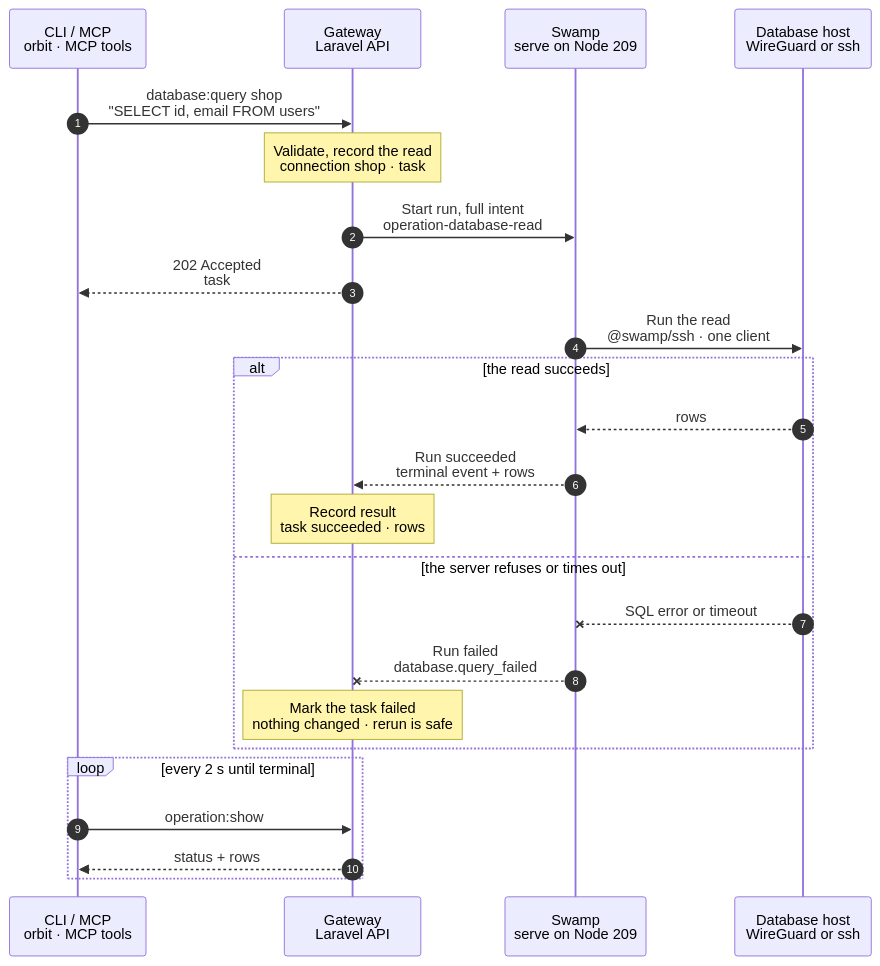
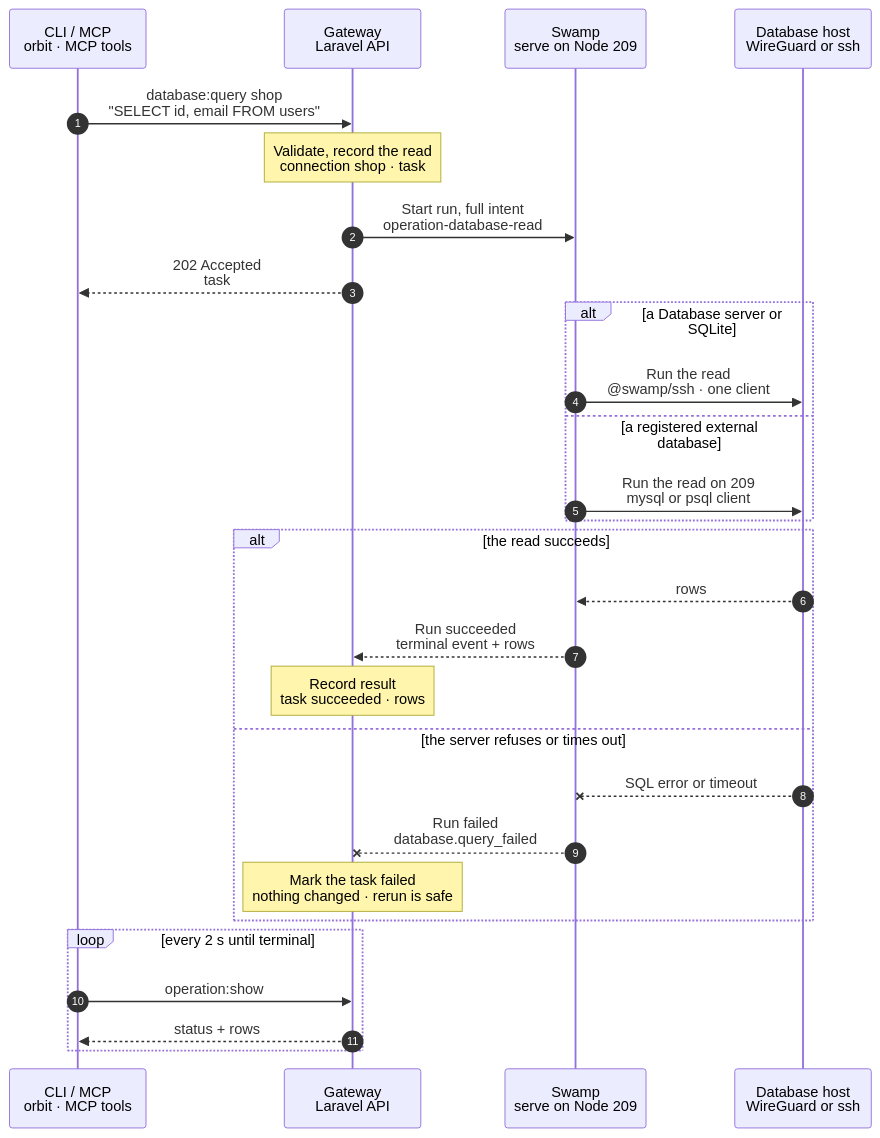
Before and after one commit to hardimpactdev/orbit: the diagram in docs/cli/database/read.mmd, drawn with Mermaid. The commit also changed 13 other files, not shown here.

First line of the commit message:
refactor(databases): database.read reads an external database on 209 itself, as the alternative end check

```diff
--- a/docs/cli/database/read.mmd
+++ b/docs/cli/database/read.mmd
@@ -1,89 +1,95 @@
 sequenceDiagram
-  %% Target design: coordinator 2026-11-02. Every effect runs in Swamp; a read takes the same path as a write. Decided 2026-11-02 (orchestrator): a read on a Database server runs as docker exec in its container (Q-DBAUTH); an external connection reads from 209 with the swamp role's clients; SQLite runs sqlite3 on its Node (R4). One @swamp/ssh step; the Gateway picks its host. No shipped script; the Gateway checks the statement and shapes the rows.
+  %% Target design: coordinator 2026-11-02. Every effect runs in Swamp; a read takes the same path as a write. Decided 2026-11-02 (orchestrator): a read on a Database server runs as docker exec in its container (Q-DBAUTH); an external connection reads from 209 with the swamp role's clients; SQLite runs sqlite3 on its Node (R4). One step per placement; the Gateway picks it. No shipped script; the Gateway checks the statement and shapes the rows.
   %% status: draft
   %% command: database:query
   %% kind: database.read
   autonumber
   %% lane CLI icon=terminal pill=caller tone=gray
   %% lane GW icon=gateway pill=intent tone=blue
   %% lane SW icon=workflow pill=executes tone=green
   %% lane N icon=server pill=target tone=amber
   participant CLI as CLI / MCP<br/>orbit · MCP tools
   participant GW as Gateway<br/>Laravel API
   participant SW as Swamp<br/>serve on Node 209
   participant N as Database host<br/>WireGuard or ssh
   CLI->>GW: database:query shop<br/>"SELECT id, email FROM users"
   %%> Command:
   %%> - `orbit database:query shop "SELECT id, email FROM users"`
   %%> - syntax: `<slug> <sql> [--write] [--idempotency-key=KEY] [--json]`
   %%> Input:
   %%> - the slug of a registered Database connection, and one SQL statement of at most 16384 characters
   %%> Same kind:
   %%> - `database:tables`, `database:schema` and `database:describe` send a fixed catalog read through the same flow
   %%> Not included:
   %%> - write SQL; with `--write` the statement takes the `database.write` flow
   Note over GW: Validate, record the read<br/>connection shop · task #5170
   %%> Requirements:
   %%> - your Node has an access grant to Node 12, which runs Database server app-mysql
   %%> - the connection's driver is mysql, pgsql or sqlite; redis has no SQL
   %%> - exactly one statement (`database.sql_multiple_statements`)
   %%> - its leading verb doesn't write, or the Gateway refuses with `database.write_required`
   %%> - for sqlite: the connection has a Node, or the Gateway refuses with `database.sqlite_node_required`
   %%> Where the credential lives:
   %%> - the Gateway stores the connection's password encrypted; at start it copies the password line and the statement into the Swamp vault as one value, `database-read-intent-5170` (R3)
   %%> - SQLite has no credential
   %%> Result:
   %%> - task #5170 recorded with the full intent; no lock, because a read changes nothing
   GW->>SW: Start run, full intent<br/>operation-database-read
   %%> What it does:
   %%> - starts one Swamp run on serve (Node 209)
   %%> Inputs:
   %%> - the client argv the Gateway built for the driver and mode, and the read host's address and SSH host keys
   %%> - the vault key name of the password and statement, never the value
   GW-->>CLI: 202 Accepted<br/>task #5170
   %%> What you get:
   %%> - the task number, at once
   %%> Next:
   %%> - the CLI waits with progress, as for other tasks; a read is a short run, usually a few seconds
-  SW->>N: Run the read<br/>@swamp/ssh · one client
-  %%> How:
-  %%> - Swamp reaches the host over SSH from 209 with the official `@swamp/ssh` behavior; the SSH identity comes from the `swamp` role
-  %%> - stdin is one vault value: the password as the first line, then the statement (Q-DBAUTH); SQLite has no password line
-  %%> Where it runs:
-  %%> - on a Database server: one `docker exec -i` into its container on Node 12; the client in the image logs in as the connection's own user, never root
-  %%> - on a registered external database: the `mysql` or `psql` client on 209, which the `swamp` role installs; 209 reaches the host directly
-  %%> - on SQLite: `sqlite3 -readonly -safe` on the file's Node, as the file's owner; it cannot write, attach or run shell commands
-  %%> What it does:
+  alt a Database server or SQLite
+    SW->>N: Run the read<br/>@swamp/ssh · one client
+    %%> How:
+    %%> - Swamp reaches the host over SSH from 209 with the official `@swamp/ssh` behavior; the SSH identity comes from the `swamp` role
+    %%> - stdin is one vault value: the password as the first line, then the statement (Q-DBAUTH); SQLite has no password line
+    %%> Where it runs:
+    %%> - on a Database server: one `docker exec -i` into its container on Node 12; the client in the image logs in as the connection's own user, never root
+    %%> - on SQLite: `sqlite3 -readonly -safe` on the file's Node, as the file's owner; it cannot write, attach or run shell commands
+  else a registered external database
+    SW->>N: Run the read on 209<br/>mysql or psql client
+    %%> How:
+    %%> - the `mysql` or `psql` client on 209, which the `swamp` role installs; 209 reaches the host directly, with no SSH hop
+    %%> - the same vault value reaches the client on stdin
+  end
+  %%> Both:
   %%> - MySQL and PostgreSQL run the statement inside a READ ONLY transaction
   %%> - a 30 s limit; MySQL prints XML, PostgreSQL and SQLite print CSV; the output stops at 64 KiB
   alt the read succeeds
     N-->>SW: rows
     %%> Returns:
     %%> - the client output; the Gateway keeps up to 500 rows, and more sets `truncated`
     SW-->>GW: Run succeeded<br/>terminal event + rows
     %%> How the Gateway learns it:
     %%> - the rows come back as the run's terminal result; its shared run reader sees it; Swamp never calls the Gateway
     Note over GW: Record result<br/>task succeeded · rows
     %%> Result:
     %%> - task #5170 succeeds with the rows; no password or connection string in it
   else the server refuses or times out
     N--xSW: SQL error or timeout
     %%> When:
     %%> - a syntax error, a missing table, a refused write, or no answer within 30 s
     SW--xGW: Run failed<br/>database.query_failed
     %%> The Gateway reads:
     %%> - a bounded error code and message, without SQL output
     Note over GW: Mark the task failed<br/>nothing changed · rerun is safe
     %%> Result:
     %%> - task #5170 fails; nothing changed on the server
     %%> Retry:
     %%> - run the command again; a read is safe to repeat
   end
   loop every 2 s until terminal
     CLI->>GW: operation:show #5170
     %%> What it does:
     %%> - asks for the task's status every 2 seconds until it has ended
     GW-->>CLI: status + rows
     %%> Returns:
     %%> - the current status, and the rows once the task has ended; SQL null shows as `NULL`
   end
```
